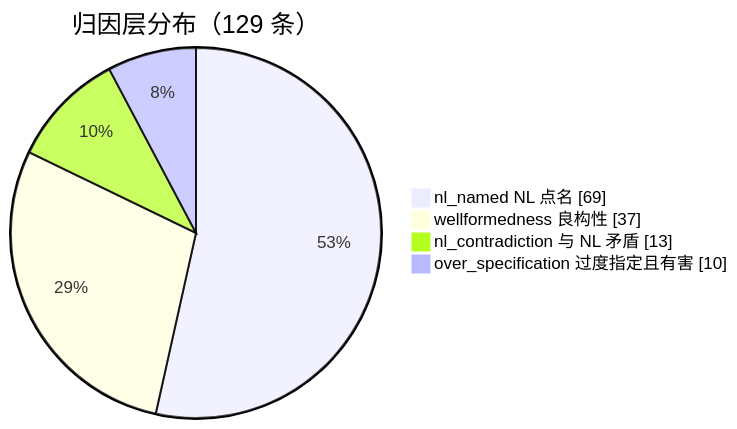
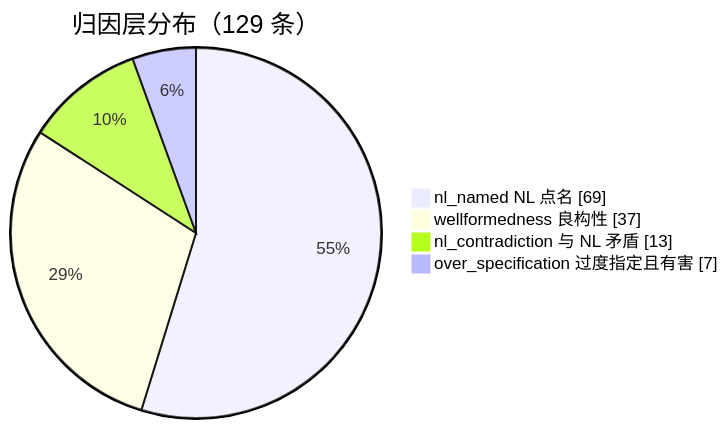
The diagram in project_1_llm_state_machine_modeling/eval/discover_matrix/manual_review/eis_issue/headline.md (HansBug/research_ideas), drawn with Mermaid before and after one commit. The commit also changed other lines of this file and 25 other files, not shown here.

````diff
--- a/project_1_llm_state_machine_modeling/eval/discover_matrix/manual_review/eis_issue/headline.md
+++ b/project_1_llm_state_machine_modeling/eval/discover_matrix/manual_review/eis_issue/headline.md
@@ -26,7 +48,7 @@
 ```mermaid
 pie showData title 归因层分布（129 条）
     "nl_named NL 点名" : 69
     "wellformedness 良构性" : 37
     "nl_contradiction 与 NL 矛盾" : 13
-    "over_specification 过度指定且有害" : 10
+    "over_specification 过度指定且有害" : 7
 ```
````
